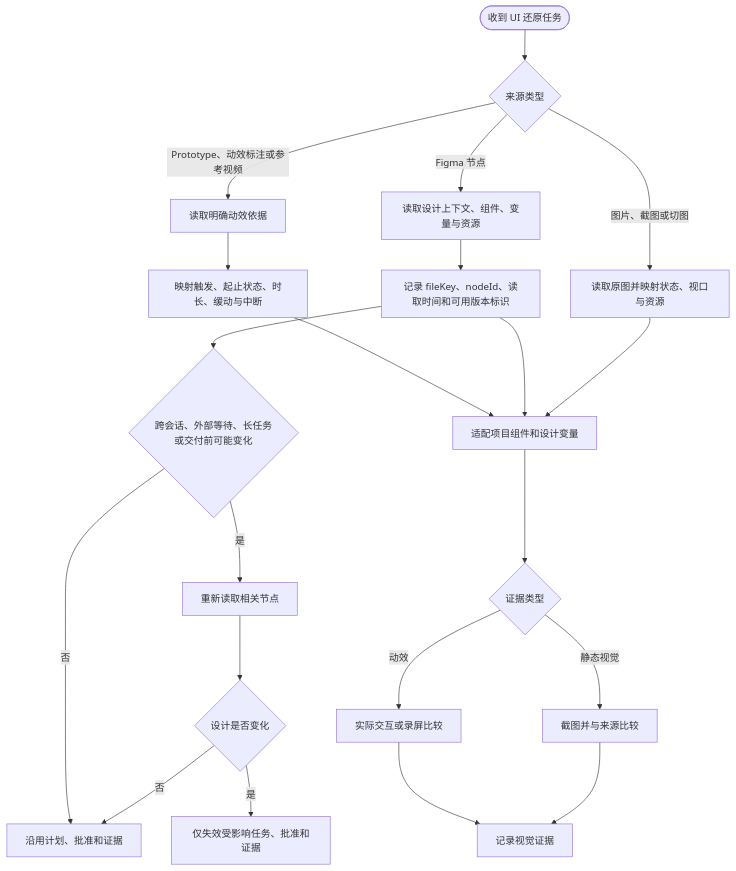
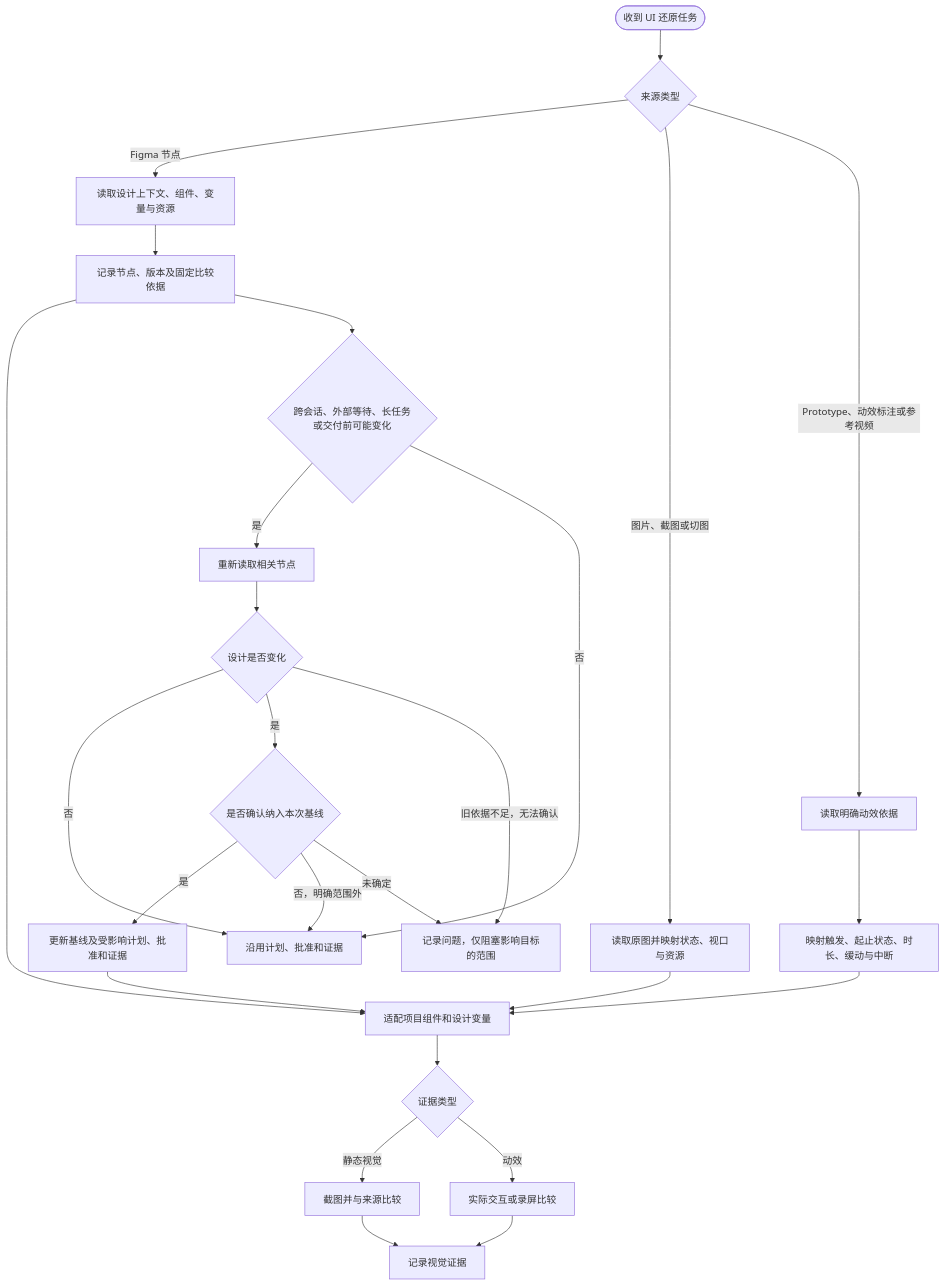
Before and after one commit to Aliang997/frontend-delivery-skill: the fifth of 6 diagrams in skills/frontend-delivery/workflow-diagram.md, drawn with Mermaid. The commit also changed other lines of this file and 18 other files, not shown here.

````diff
--- a/skills/frontend-delivery/workflow-diagram.md
+++ b/skills/frontend-delivery/workflow-diagram.md
@@ -84,23 +91,28 @@
 ```mermaid
 flowchart TD
  A(["收到 UI 还原任务"]) --> S{"来源类型"}
  S -->|"Figma 节点"| F["读取设计上下文、组件、变量与资源"]
  S -->|"图片、截图或切图"| P["读取原图并映射状态、视口与资源"]
  S -->|"Prototype、动效标注或参考视频"| M["读取明确动效依据"]
- F --> B["记录 fileKey、nodeId、读取时间和可用版本标识"]
+ F --> B["记录节点、版本及固定比较依据"]
  P --> I["适配项目组件和设计变量"]
  M --> MM["映射触发、起止状态、时长、缓动与中断"]
  B --> I
  MM --> I
  I --> V{"证据类型"}
  V -->|"静态视觉"| SS["截图并与来源比较"]
  V -->|"动效"| MV["实际交互或录屏比较"]
  SS --> E["记录视觉证据"]
  MV --> E
  B --> R{"跨会话、外部等待、长任务或交付前可能变化"}
  R -->|"是"| RR["重新读取相关节点"]
  RR --> CH{"设计是否变化"}
  CH -->|"否"| KEEP["沿用计划、批准和证据"]
- CH -->|"是"| CC["仅失效受影响任务、批准和证据"]
+ CH -->|"是"| AD{"是否确认纳入本次基线"}
+ AD -->|"是"| CC["更新基线及受影响计划、批准和证据"]
+ AD -->|"否，明确范围外"| KEEP
+ AD -->|"未确定"| Q["记录问题，仅阻塞影响目标的范围"]
+ CH -->|"旧依据不足，无法确认"| Q
+ CC --> I
  R -->|"否"| KEEP
 ```
````
